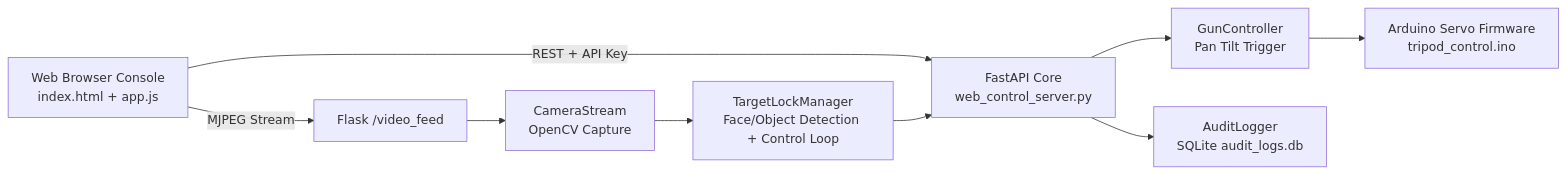
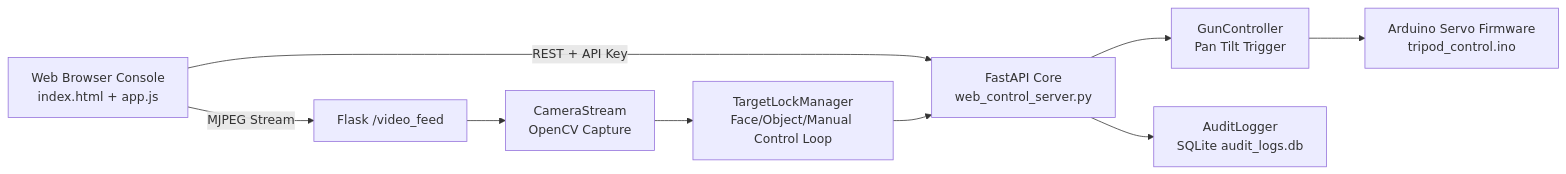
Before and after one commit to JaideepChouhan/tactical-rws: the diagram in README.md, drawn with Mermaid. The commit also changed other lines of this file and 4 other files, not shown here.

````diff
--- a/README.md
+++ b/README.md
@@ -26,11 +26,11 @@
 ```mermaid
 flowchart LR
     A[Web Browser Console\nindex.html + app.js] -->|REST + API Key| B[FastAPI Core\nweb_control_server.py]
     A -->|MJPEG Stream| C[Flask /video_feed]
     C --> D[CameraStream\nOpenCV Capture]
-    D --> E[TargetLockManager\nFace/Object Detection + Control Loop]
+    D --> E[TargetLockManager\nFace/Object/Manual Control Loop]
     E --> B
     B --> F[GunController\nPan Tilt Trigger]
     F --> G[Arduino Servo Firmware\ntripod_control.ino]
     B --> H[AuditLogger\nSQLite audit_logs.db]
 ```
````
